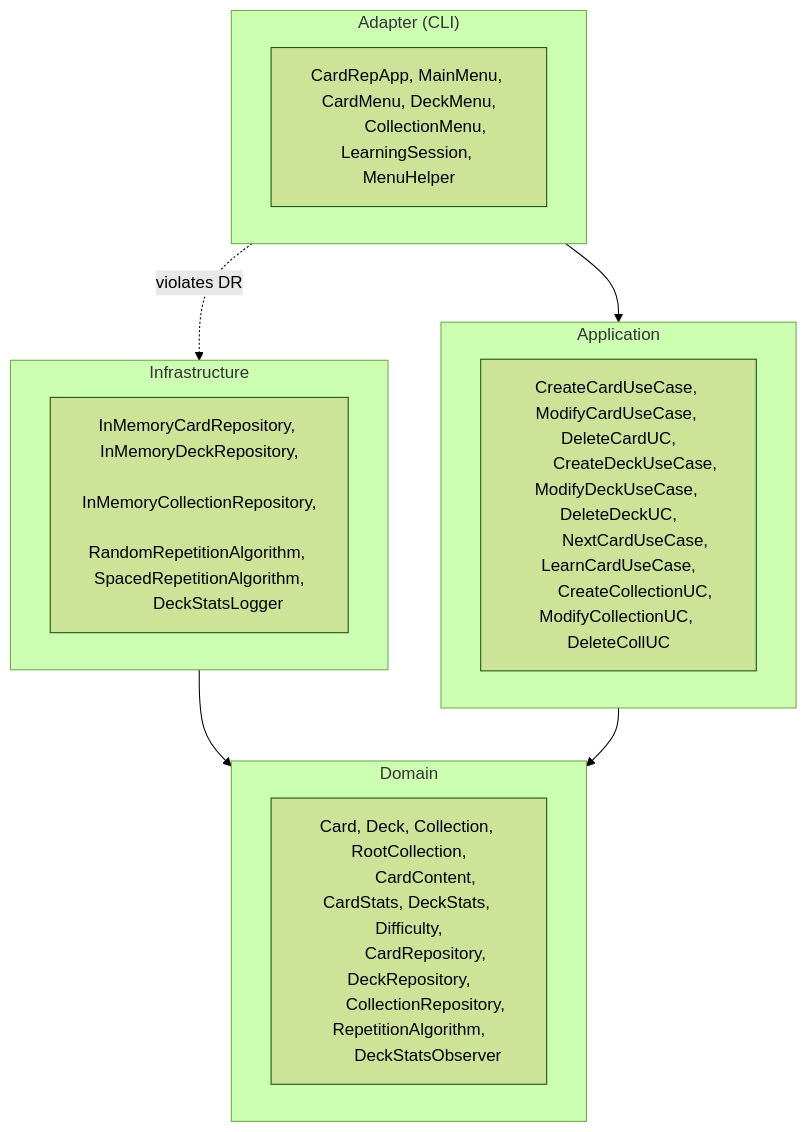
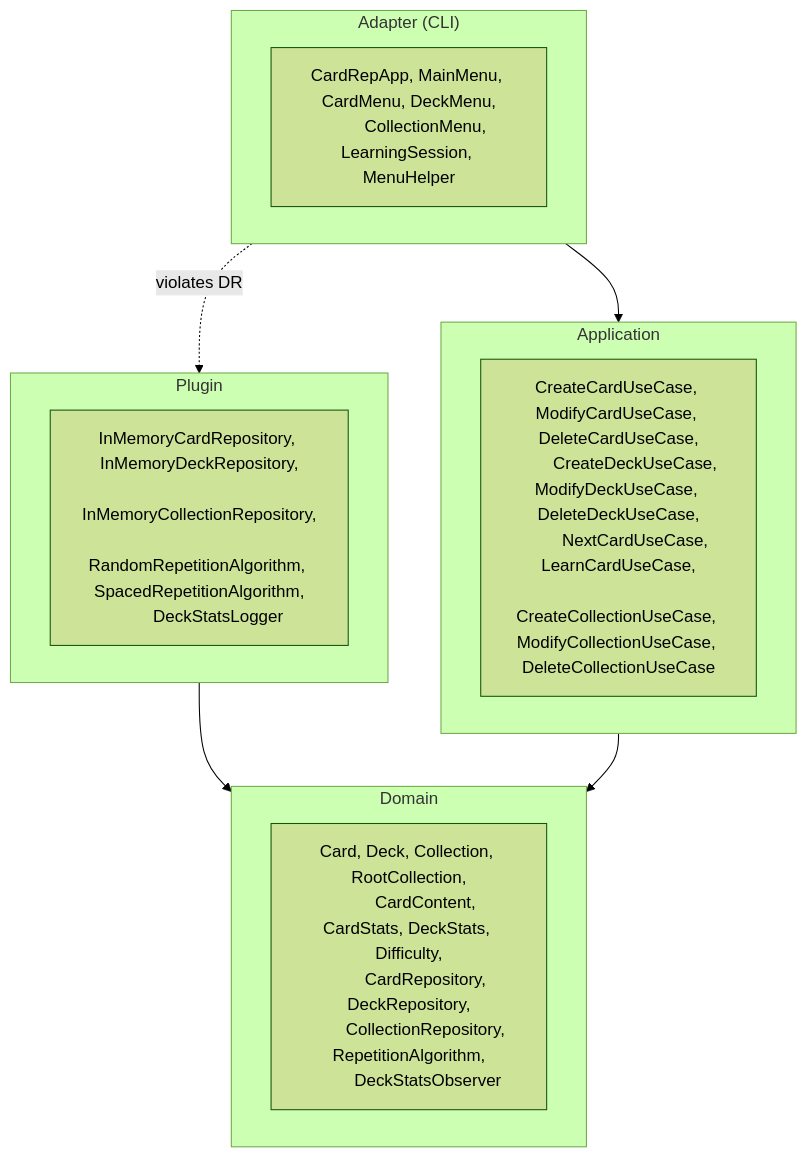
The first of 35 diagrams in README.md (GilbertBckr/card-rep), drawn with Mermaid (forest theme) before and after one commit. The commit also changed other lines of this file, not shown here.

````diff
--- a/README.md
+++ b/README.md
@@ -64,30 +89,30 @@
 ```mermaid
 flowchart TD
     subgraph Adapter["Adapter (CLI)"]
         A["CardRepApp, MainMenu, CardMenu, DeckMenu,
         CollectionMenu, LearningSession, MenuHelper"]
     end
-    subgraph PluginLayer["Infrastructure"]
+    subgraph PluginLayer["Plugin"]
         B["InMemoryCardRepository, InMemoryDeckRepository,
         InMemoryCollectionRepository,
         RandomRepetitionAlgorithm, SpacedRepetitionAlgorithm,
         DeckStatsLogger"]
     end
     subgraph Application["Application"]
-        C["CreateCardUseCase, ModifyCardUseCase, DeleteCardUC,
-        CreateDeckUseCase, ModifyDeckUseCase, DeleteDeckUC,
+        C["CreateCardUseCase, ModifyCardUseCase, DeleteCardUseCase,
+        CreateDeckUseCase, ModifyDeckUseCase, DeleteDeckUseCase,
         NextCardUseCase, LearnCardUseCase,
-        CreateCollectionUC, ModifyCollectionUC, DeleteCollUC"]
+        CreateCollectionUseCase, ModifyCollectionUseCase, DeleteCollectionUseCase"]
     end
     subgraph Domain["Domain"]
         D["Card, Deck, Collection, RootCollection,
         CardContent, CardStats, DeckStats, Difficulty,
         CardRepository, DeckRepository,
         CollectionRepository, RepetitionAlgorithm,
         DeckStatsObserver"]
     end
     Adapter -.->|violates DR| PluginLayer
     Adapter --> Application
     PluginLayer --> Domain
     Application --> Domain
 ```
````
